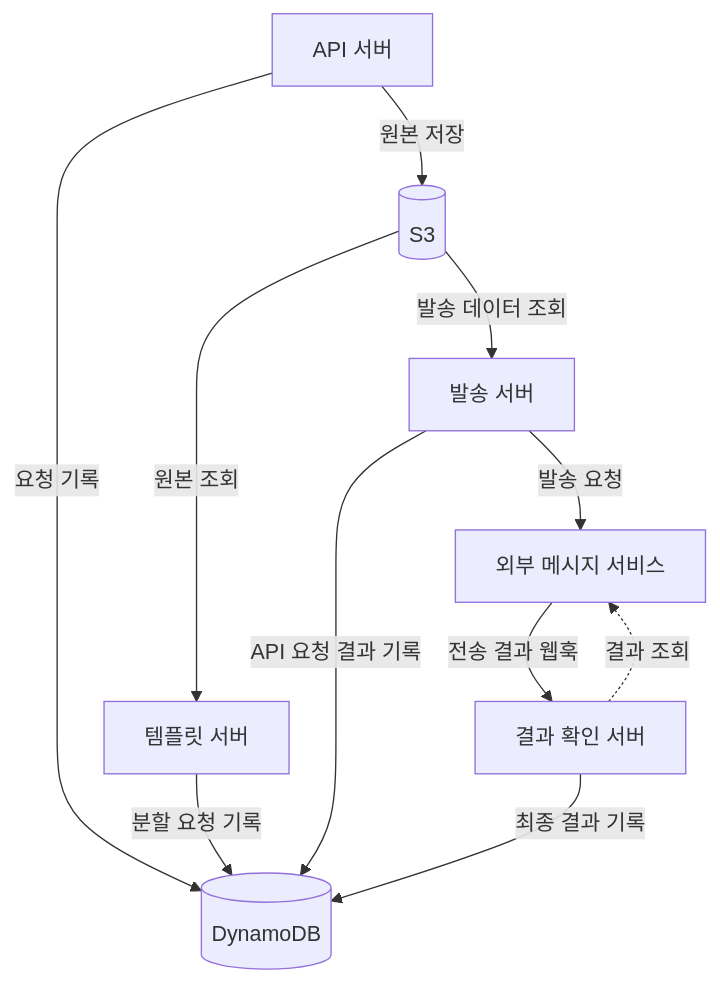
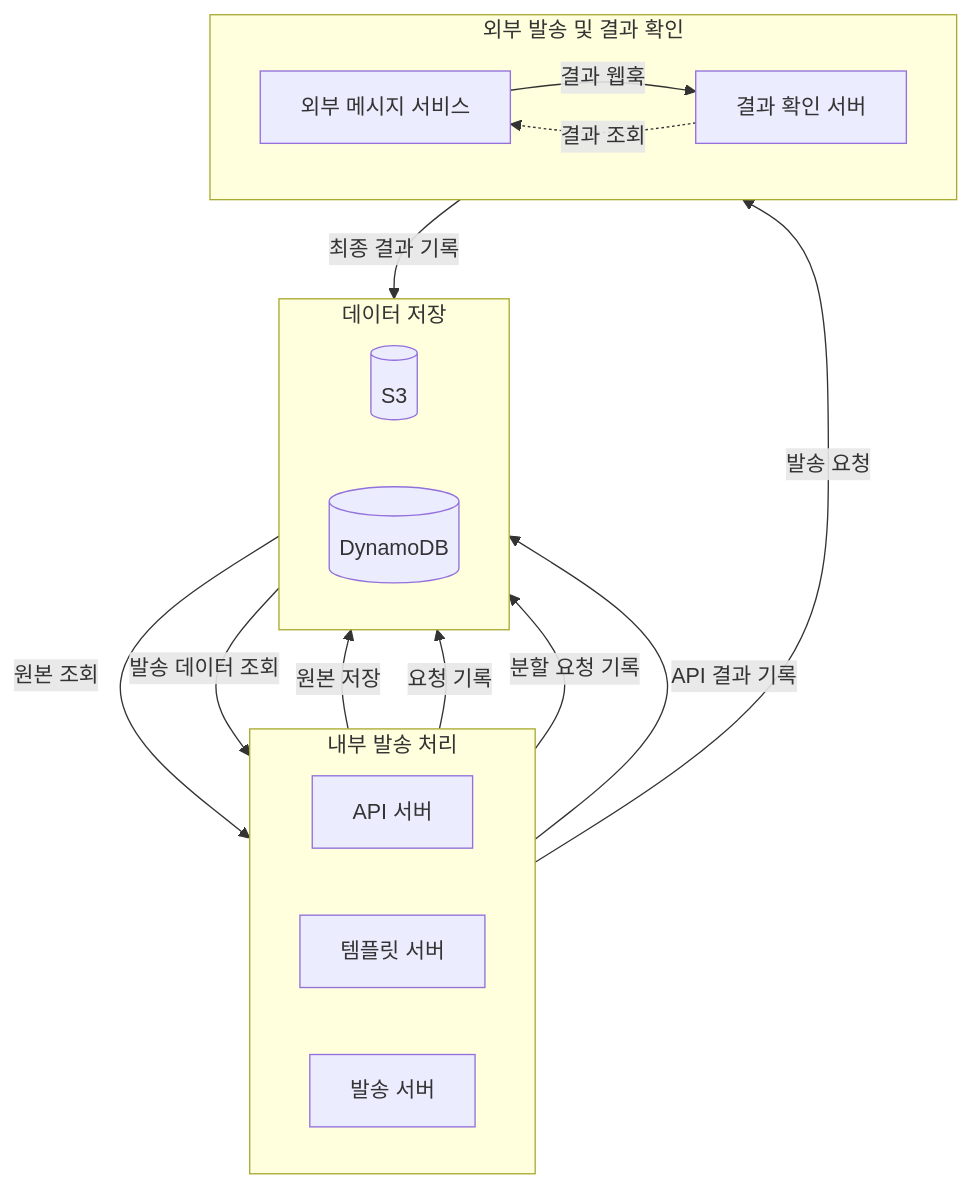
The third of 3 diagrams in projects/education-services/notifications.md (KimHG1995/work-history), drawn with Mermaid before and after one commit. The commit also changed other lines of this file, not shown here.

Commit message:
docs: restore architecture boundaries with compact Mermaid labels

````diff
--- a/projects/education-services/notifications.md
+++ b/projects/education-services/notifications.md
@@ -141,21 +141,32 @@
 ```mermaid
 flowchart TB
-    api["API 서버"]
-    s3[("S3")]
-    db[("DynamoDB")]
-    template["템플릿 서버"]
-    sender["발송 서버"]
-    provider["외부 메시지 서비스"]
-    ack["결과 확인 서버"]
+    subgraph core["내부 발송 처리"]
+        direction LR
+        api["API 서버"]
+        template["템플릿 서버"]
+        sender["발송 서버"]
+    end
+
+    subgraph storage["데이터 저장"]
+        direction LR
+        s3[("S3")]
+        db[("DynamoDB")]
+    end
+
+    subgraph result["외부 발송 및 결과 확인"]
+        direction LR
+        provider["외부 메시지 서비스"]
+        ack["결과 확인 서버"]
+    end
 
     api -->|원본 저장| s3
     api -->|요청 기록| db
     s3 -->|원본 조회| template
     s3 -->|발송 데이터 조회| sender
     template -->|분할 요청 기록| db
     sender -->|발송 요청| provider
-    sender -->|API 요청 결과 기록| db
-    provider -->|전송 결과 웹훅| ack
+    sender -->|API 결과 기록| db
+    provider -->|결과 웹훅| ack
     ack -.->|결과 조회| provider
     ack -->|최종 결과 기록| db
 ```
````
